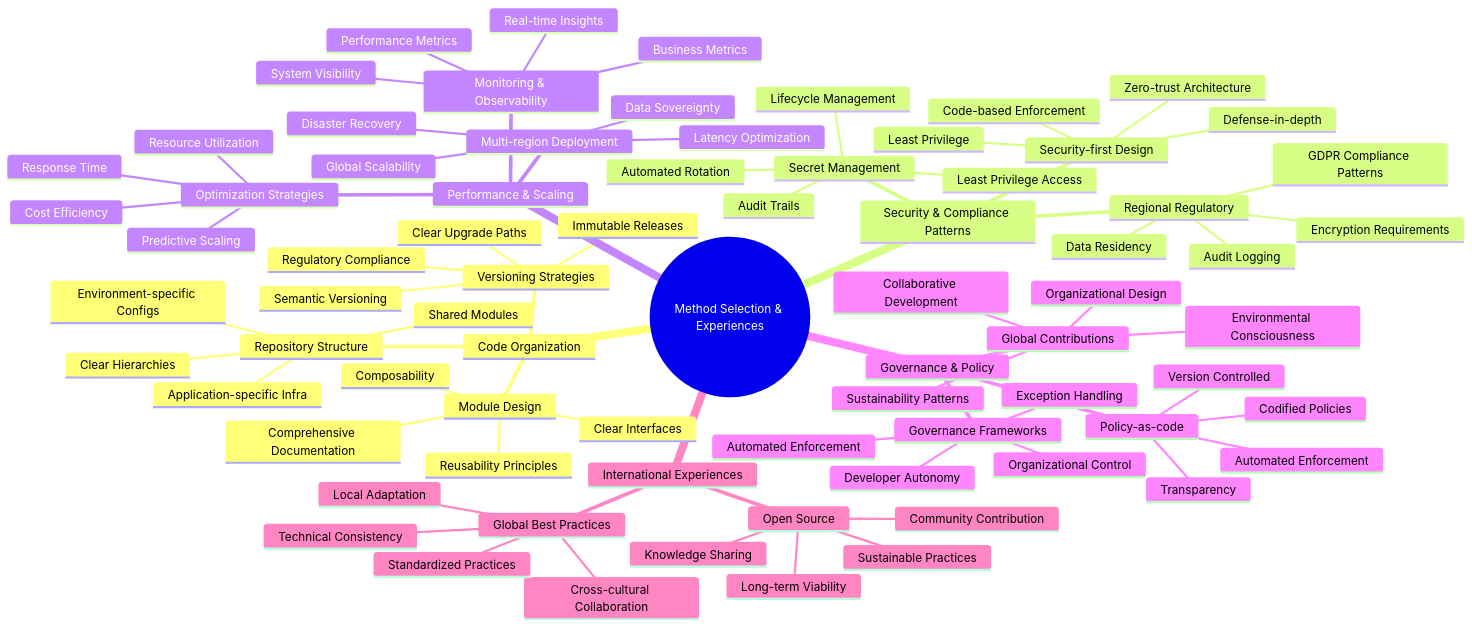
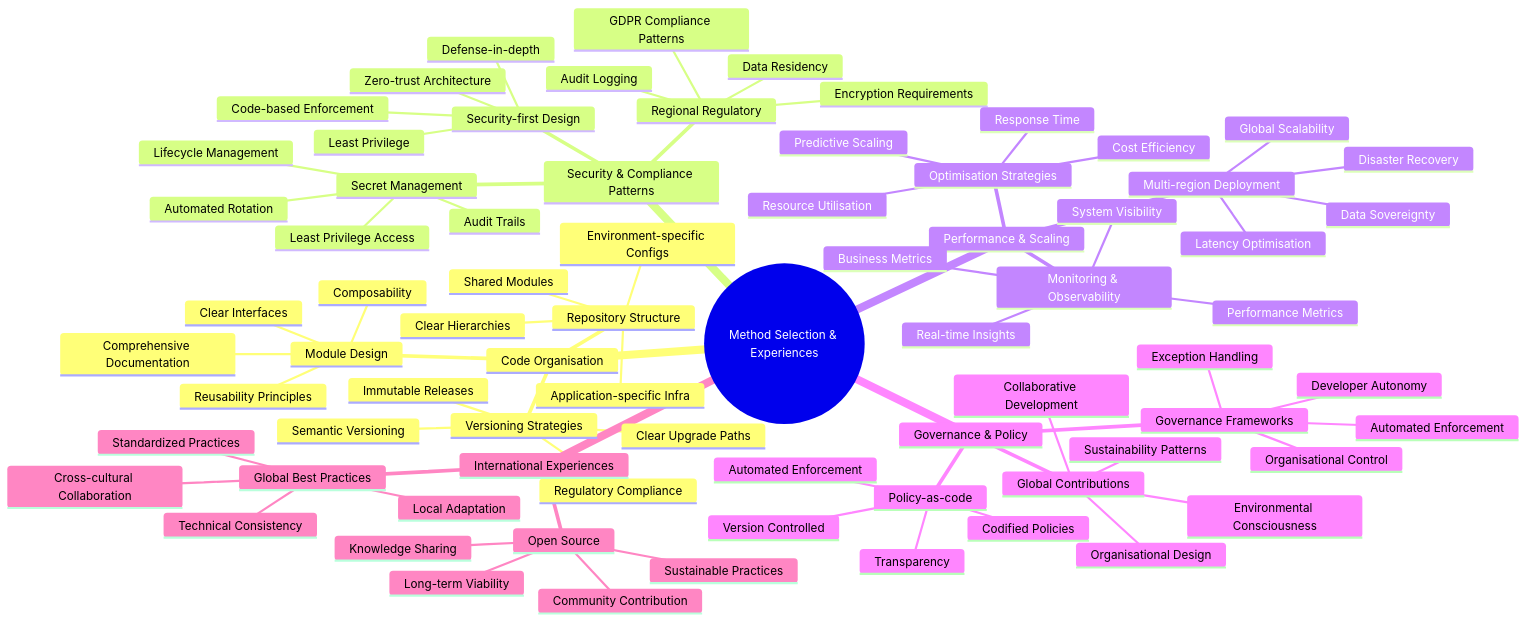
The diagram in docs/images/archive/mindmap_22_best_practices.mmd (Geonitab/architecture_as_code), drawn with Mermaid before and after one commit. The commit also changed 14 other files, not shown here.

Commit message:
Convert diagrams from American to British English

```diff
--- a/docs/images/archive/mindmap_22_best_practices.mmd
+++ b/docs/images/archive/mindmap_22_best_practices.mmd
@@ -1,77 +1,77 @@
 mindmap
   root((Method Selection & Experiences))
-    Code Organization
+    Code Organisation
       Repository Structure
         Shared Modules
         Environment-specific Configs
         Application-specific Infra
         Clear Hierarchies
       Module Design
         Reusability Principles
         Composability
         Clear Interfaces
         Comprehensive Documentation
       Versioning Strategies
         Semantic Versioning
         Immutable Releases
         Clear Upgrade Paths
         Regulatory Compliance
     Security & Compliance Patterns
       Security-first Design
         Defense-in-depth
         Least Privilege
         Zero-trust Architecture
         Code-based Enforcement
       Regional Regulatory
         GDPR Compliance Patterns
         Data Residency
         Encryption Requirements
         Audit Logging
       Secret Management
         Automated Rotation
         Audit Trails
         Least Privilege Access
         Lifecycle Management
     Performance & Scaling
-      Optimization Strategies
+      Optimisation Strategies
         Cost Efficiency
-        Resource Utilization
+        Resource Utilisation
         Response Time
         Predictive Scaling
       Multi-region Deployment
         Global Scalability
         Data Sovereignty
-        Latency Optimization
+        Latency Optimisation
         Disaster Recovery
       Monitoring & Observability
         System Visibility
         Real-time Insights
         Performance Metrics
         Business Metrics
     Governance & Policy
       Governance Frameworks
         Developer Autonomy
-        Organizational Control
+        Organisational Control
         Automated Enforcement
         Exception Handling
       Policy-as-code
         Codified Policies
         Version Controlled
         Automated Enforcement
         Transparency
       Global Contributions
-        Organizational Design
+        Organisational Design
         Environmental Consciousness
         Collaborative Development
         Sustainability Patterns
     International Experiences
       Global Best Practices
         Cross-cultural Collaboration
         Technical Consistency
         Local Adaptation
         Standardized Practices
       Open Source
         Community Contribution
         Knowledge Sharing
         Sustainable Practices
         Long-term Viability
```
